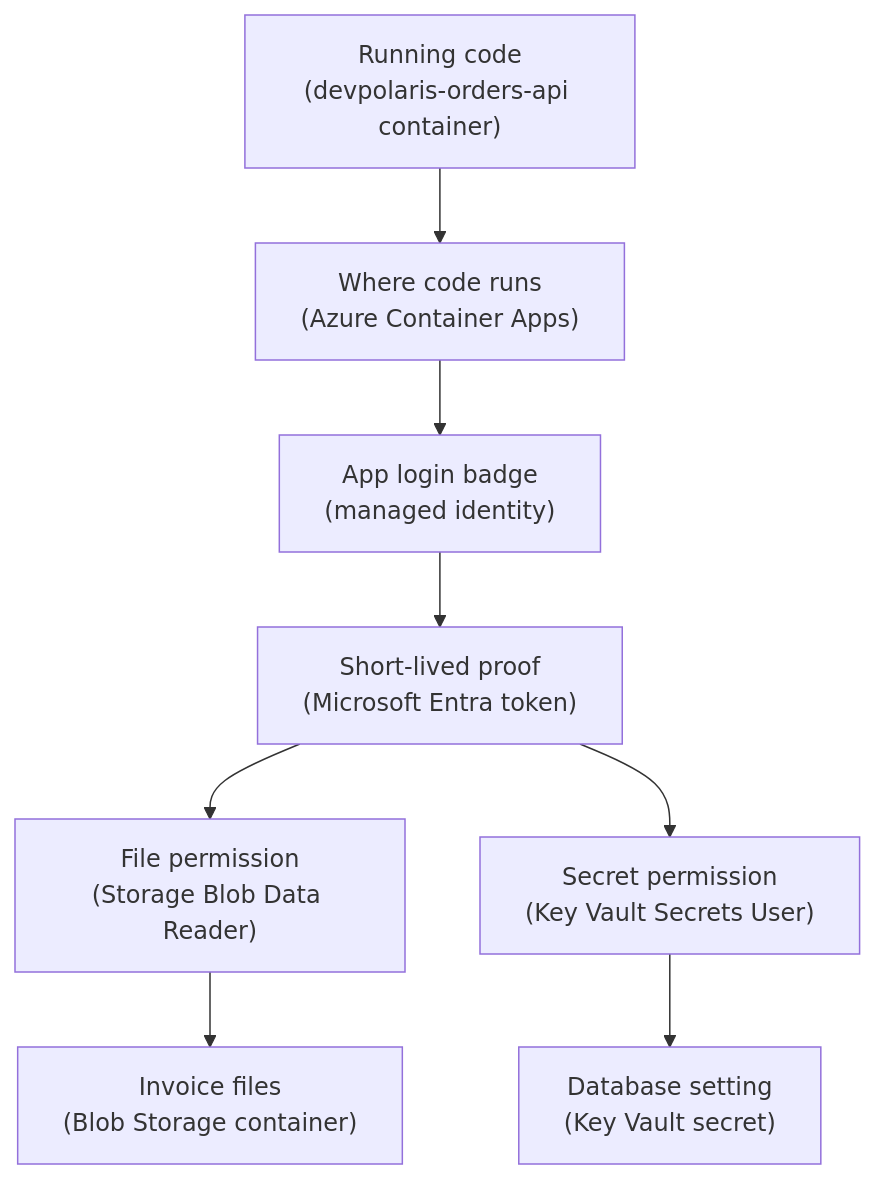
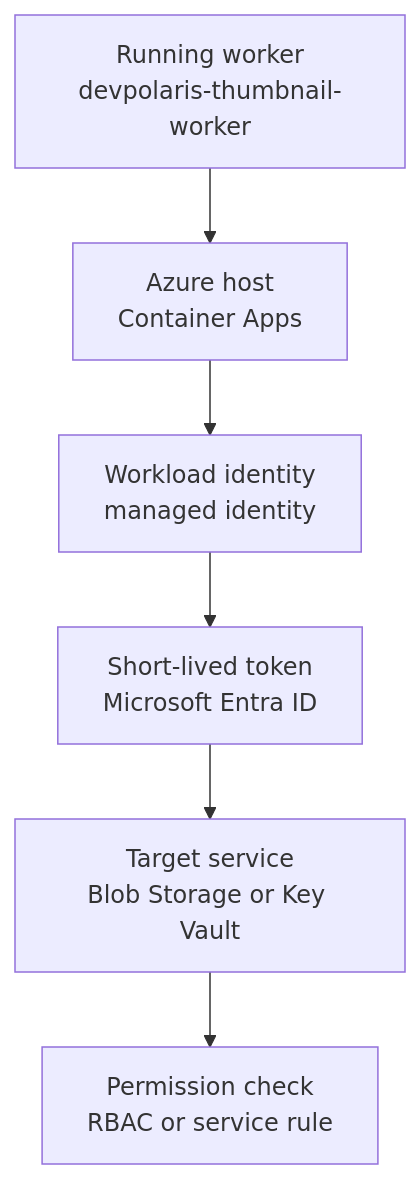
Before and after one commit to senlinyy/dev-roadmaps: the diagram in cloud-providers/azure/identity-security/managed-identities-and-workload-access.md, drawn with Mermaid. The commit also changed other lines of this file and 141 other files, not shown here.

````diff
--- a/cloud-providers/azure/identity-security/managed-identities-and-workload-access.md
+++ b/cloud-providers/azure/identity-security/managed-identities-and-workload-access.md
@@ -149,19 +85,15 @@
 ```mermaid
 flowchart TD
-    CODE["Running code<br/>(devpolaris-orders-api container)"]
-    HOST["Where code runs<br/>(Azure Container Apps)"]
-    IDENTITY["App login badge<br/>(managed identity)"]
-    TOKEN["Short-lived proof<br/>(Microsoft Entra token)"]
-    STORAGE_ROLE["File permission<br/>(Storage Blob Data Reader)"]
-    VAULT_ROLE["Secret permission<br/>(Key Vault Secrets User)"]
-    BLOB["Invoice files<br/>(Blob Storage container)"]
-    VAULT["Database setting<br/>(Key Vault secret)"]
+    APP["Running worker<br/>devpolaris-thumbnail-worker"]
+    HOST["Azure host<br/>Container Apps"]
+    IDENTITY["Workload identity<br/>managed identity"]
+    TOKEN["Short-lived token<br/>Microsoft Entra ID"]
+    SERVICE["Target service<br/>Blob Storage or Key Vault"]
+    CHECK["Permission check<br/>RBAC or service rule"]
 
-    CODE --> HOST
+    APP --> HOST
     HOST --> IDENTITY
     IDENTITY --> TOKEN
-    TOKEN --> STORAGE_ROLE
-    TOKEN --> VAULT_ROLE
-    STORAGE_ROLE --> BLOB
-    VAULT_ROLE --> VAULT
+    TOKEN --> SERVICE
+    SERVICE --> CHECK
 ```
````
